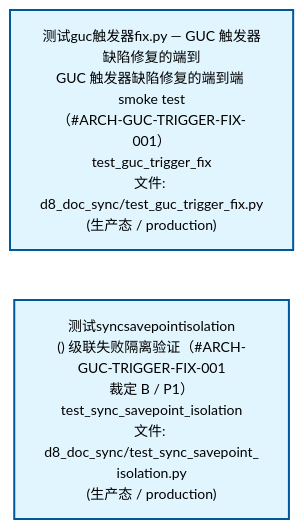
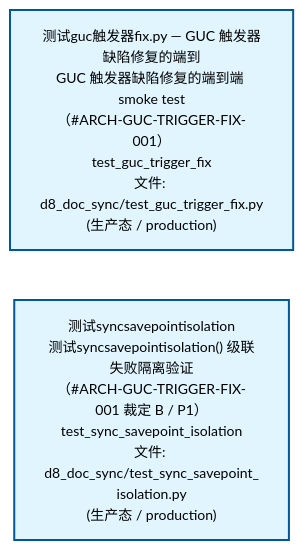
The second of 4 diagrams in docs/02_enterprise_architecture/02_domain_architecture_docs/51_d_gov_docs.md (xuanFelixVan/ZephyrAlpha), drawn with Mermaid before and after one commit. The commit also changed other lines of this file and 63 other files, not shown here.

````diff
--- a/docs/02_enterprise_architecture/02_domain_architecture_docs/51_d_gov_docs.md
+++ b/docs/02_enterprise_architecture/02_domain_architecture_docs/51_d_gov_docs.md
@@ -124,12 +124,12 @@
 ```mermaid
 %%{init: {'theme': 'base', 'themeVariables': {'primaryColor': '#eaeaea', 'primaryTextColor': '#333333', 'primaryBorderColor': '#666666', 'lineColor': '#666666', 'secondaryColor': '#eaeaea', 'tertiaryColor': '#eaeaea', 'fontSize': '14px'}}}%%
 flowchart TD
     tests_governance_d8_doc_sync_test_guc_trigger_fix_py["测试guc触发器fix.py — GUC 触发器缺陷修复的端到<br/>GUC 触发器缺陷修复的端到端 smoke test<br/>（#ARCH-GUC-TRIGGER-FIX-001）<br/>test_guc_trigger_fix<br/>文件: d8_doc_sync/test_guc_trigger_fix.py<br/>(生产态 / production)"]
-    tests_governance_d8_doc_sync_test_sync_savepoint_isolation_py["测试syncsavepointisolation<br/>() 级联失败隔离验证（#ARCH-GUC-TRIGGER-FIX-001<br/>裁定 B / P1）<br/>test_sync_savepoint_isolation<br/>文件: d8_doc_sync/test_sync_savepoint_<br/>isolation.py<br/>(生产态 / production)"]
+    tests_governance_d8_doc_sync_test_sync_savepoint_isolation_py["测试syncsavepointisolation<br/>测试syncsavepointisolation() 级联失败隔离验证<br/>（#ARCH-GUC-TRIGGER-FIX-001 裁定 B / P1）<br/>test_sync_savepoint_isolation<br/>文件: d8_doc_sync/test_sync_savepoint_<br/>isolation.py<br/>(生产态 / production)"]
     tests_governance_d8_doc_sync_test_guc_trigger_fix_py ~~~ tests_governance_d8_doc_sync_test_sync_savepoint_isolation_py
     classDef production fill:#e1f5fe,stroke:#01579b,stroke-width:2px,color:#000
     classDef design fill:#fff3e0,stroke:#e65100,stroke-width:2px,color:#000,stroke-dasharray: 5 5
     classDef external_prod fill:#e8f4fd,stroke:#0277bd,stroke-width:1px,color:#000
     classDef external_design fill:#fff8e7,stroke:#ef6c00,stroke-width:1px,color:#000,stroke-dasharray: 5 5
     class tests_governance_d8_doc_sync_test_guc_trigger_fix_py,tests_governance_d8_doc_sync_test_sync_savepoint_isolation_py production
 ```
````
